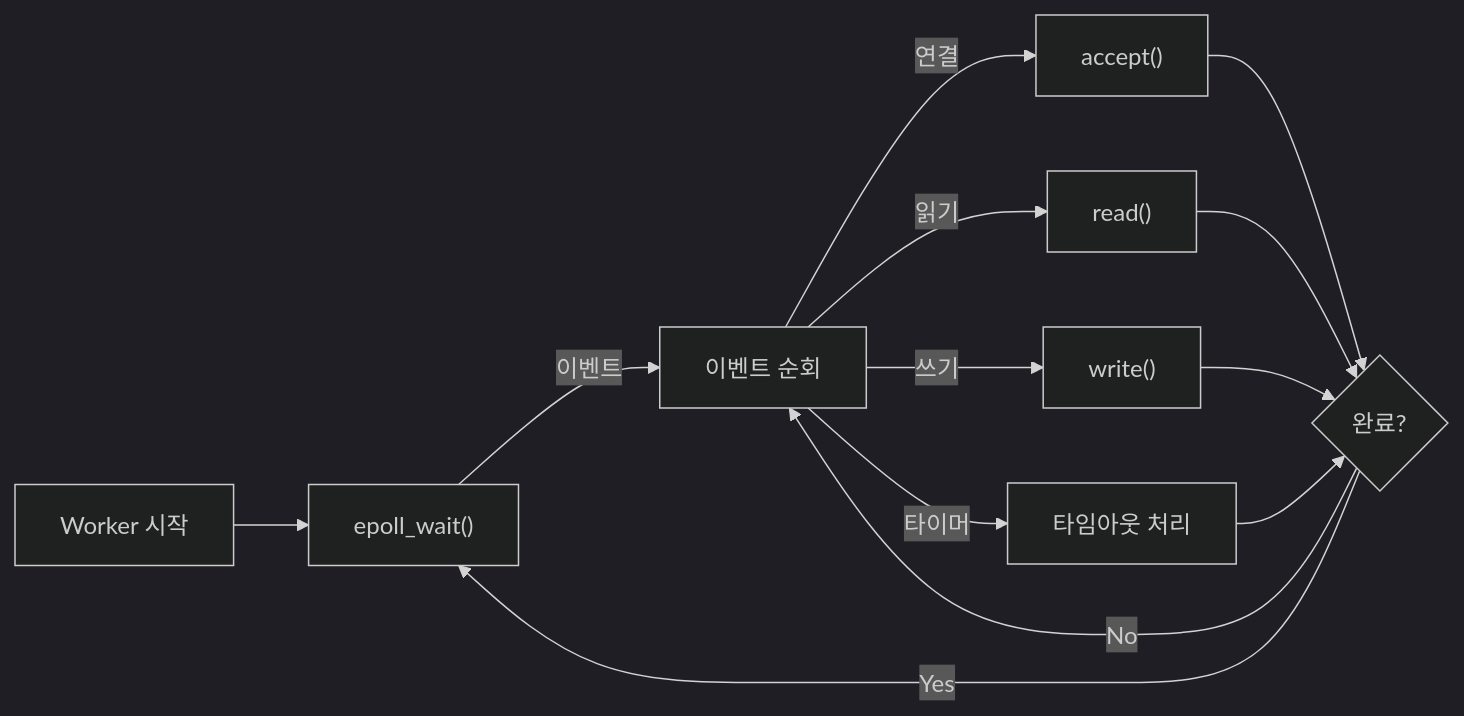
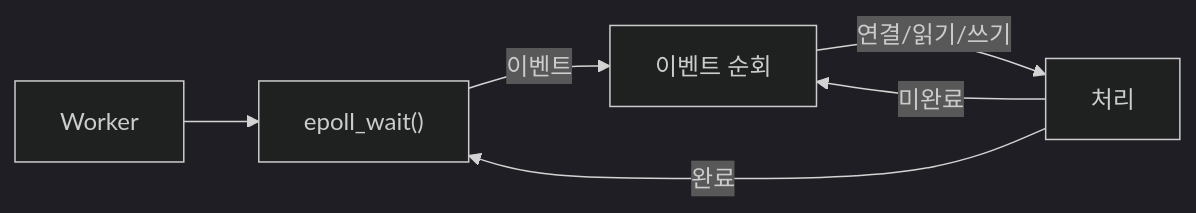
The fifth of 18 diagrams in _posts/server/2026-05-01-nginx.md (yjkim2015/yjkim2015.github.io), drawn with Mermaid (dark theme) before and after one commit. The commit also changed other lines of this file and 163 other files, not shown here.

First line of the commit message:
Mermaid 300개 블록 내용 축소: 5노드 5엣지 이하, 의미 있는 약어

````diff
--- a/_posts/server/2026-05-01-nginx.md
+++ b/_posts/server/2026-05-01-nginx.md
@@ -114,12 +110,8 @@
 ```mermaid
 graph LR
-    A["Worker 시작"] --> B["epoll_wait()"]
-    B -->|"이벤트"| C["이벤트 순회"]
-    C -->|"연결"| D["accept()"]
-    C -->|"읽기"| E["read()"]
-    C -->|"쓰기"| F["write()"]
-    C -->|"타이머"| G["타임아웃 처리"]
-    D & E & F & G --> H{"완료?"}
-    H -->|"No"| C
-    H -->|"Yes"| B
+    A["Worker"] --> B["epoll_wait()"]
+    B -->|이벤트| C["이벤트 순회"]
+    C -->|연결/읽기/쓰기| D["처리"]
+    D -->|완료| B
+    D -->|미완료| C
 ```
````
